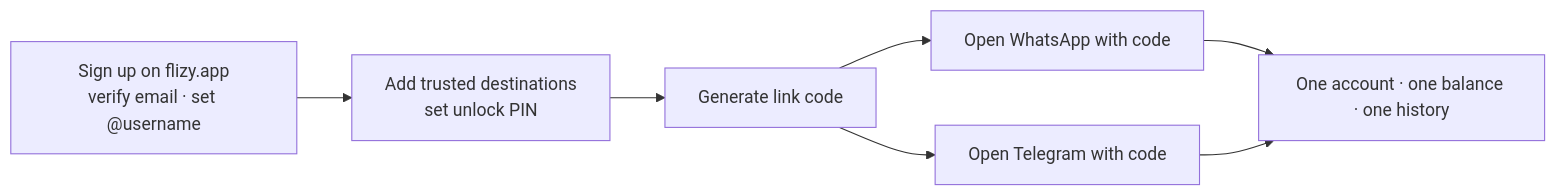
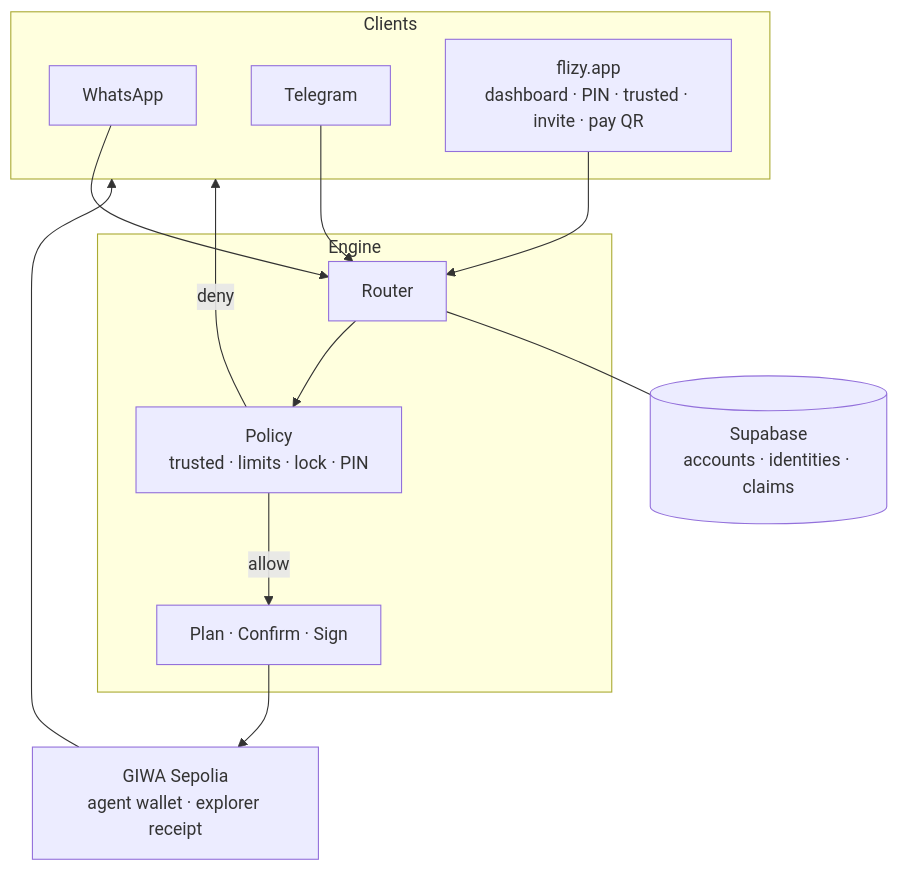
One commit to rudazy/flizy changed the third of 4 diagrams in README.md. Above: the diagram before and after it, drawn with Mermaid. The commit also changed other lines of this file, not shown here.

````diff
--- a/README.md
+++ b/README.md
@@ -258,9 +132,27 @@
 ```mermaid
-flowchart LR
-  S["Sign up on flizy.app<br/>verify email · set @username"] --> T["Add trusted destinations<br/>set unlock PIN"]
-  T --> L["Generate link code"]
-  L --> WA["Open WhatsApp with code"]
-  L --> TG["Open Telegram with code"]
-  WA --> ONE["One account · one balance · one history"]
-  TG --> ONE
+flowchart TB
+  subgraph clients["Clients"]
+    WA["WhatsApp"]
+    TG["Telegram"]
+    WEB["flizy.app<br/>dashboard · PIN · trusted · invite · pay QR"]
+  end
+
+  subgraph engine["Engine"]
+    R["Router"]
+    P["Policy<br/>trusted · limits · lock · PIN"]
+    X["Plan · Confirm · Sign"]
+  end
+
+  DB[("Supabase<br/>accounts · identities · claims")]
+  CH["GIWA Sepolia<br/>agent wallet · explorer receipt"]
+
+  WA --> R
+  TG --> R
+  WEB --> R
+  R --> P
+  P -->|allow| X
+  P -->|deny| clients
+  R --- DB
+  X --> CH
+  CH --> clients
 ```
````
